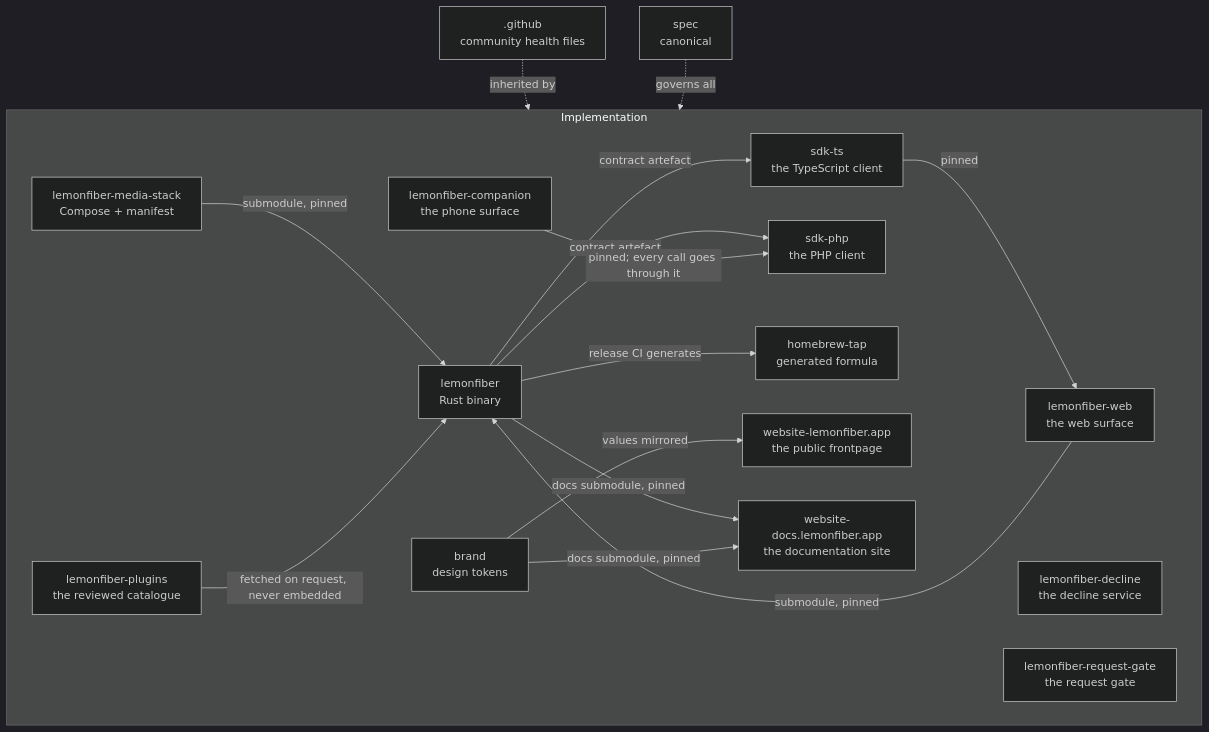
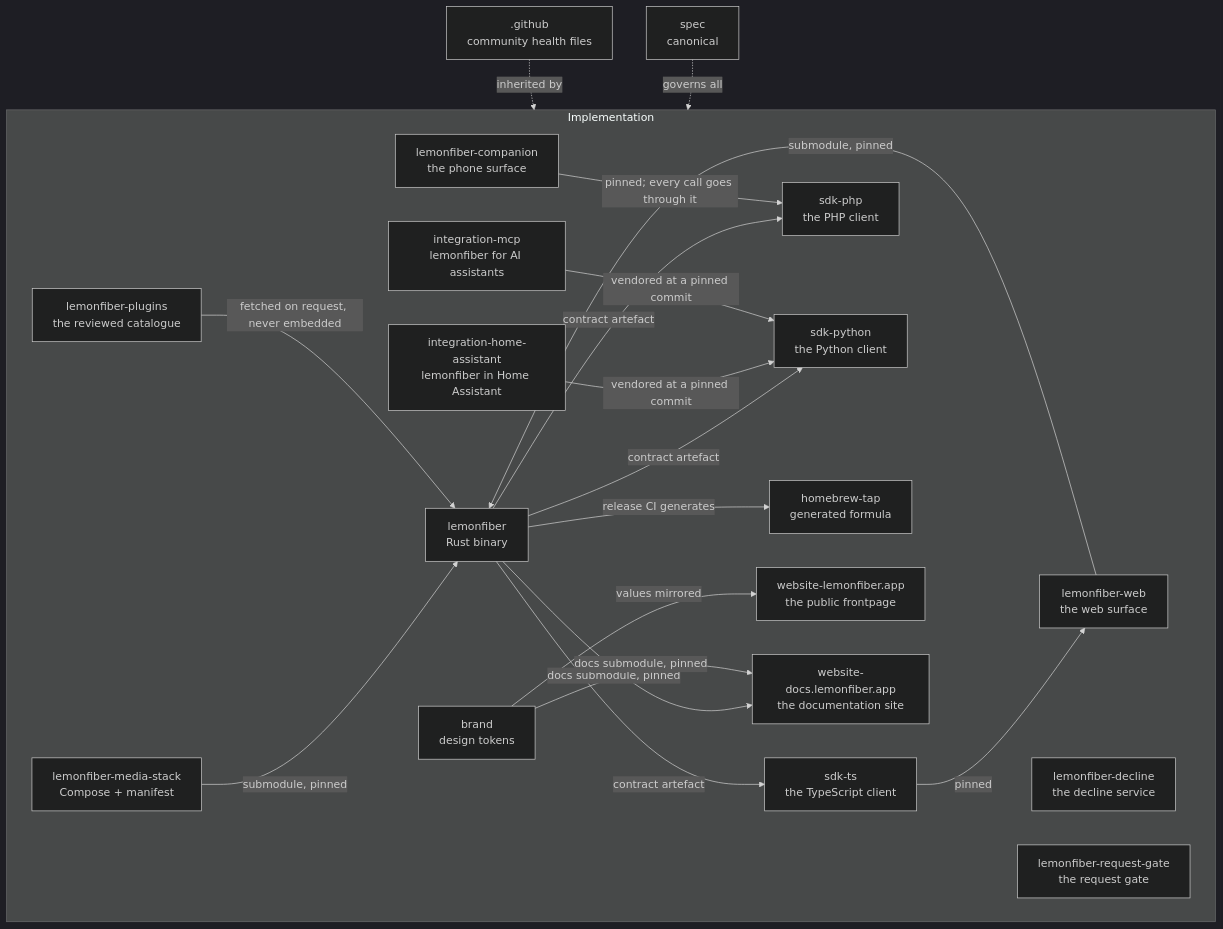
One commit to lemonfiber/spec changed the diagram in 30-repos/README.md. Above: the diagram before and after it, drawn with Mermaid (dark theme). The commit also changed other lines of this file and 19 other files, not shown here.

First line of the commit message:
feat(spec): reached from elsewhere: keys, Home Assistant, an assistant and a NAS image (#620)

````diff
--- a/30-repos/README.md
+++ b/30-repos/README.md
@@ -19,35 +19,41 @@
 ```mermaid
 flowchart TD
     spec["spec<br/>canonical"]
     gh[".github<br/>community health files"]
 
     subgraph impl[Implementation]
         lemonfiber["lemonfiber<br/>Rust binary"]
         web["lemonfiber-web<br/>the web surface"]
         companion["lemonfiber-companion<br/>the phone surface"]
         sdk["sdk-ts<br/>the TypeScript client"]
         sdkphp["sdk-php<br/>the PHP client"]
+        sdkpy["sdk-python<br/>the Python client"]
+        homeassistant["integration-home-assistant<br/>lemonfiber in Home Assistant"]
+        mcp["integration-mcp<br/>lemonfiber for AI assistants"]
         stack["lemonfiber-media-stack<br/>Compose + manifest"]
         decline["lemonfiber-decline<br/>the decline service"]
         gate["lemonfiber-request-gate<br/>the request gate"]
         plugins["lemonfiber-plugins<br/>the reviewed catalogue"]
         tap["homebrew-tap<br/>generated formula"]
         site["website-lemonfiber.app<br/>the public frontpage"]
         docs["website-docs.lemonfiber.app<br/>the documentation site"]
         brand["brand<br/>design tokens"]
     end
 
     stack -->|submodule, pinned| lemonfiber
     web -->|submodule, pinned| lemonfiber
     sdk -->|pinned| web
     lemonfiber -->|contract artefact| sdk
     lemonfiber -->|contract artefact| sdkphp
     companion -->|pinned; every call goes through it| sdkphp
+    lemonfiber -->|contract artefact| sdkpy
+    homeassistant -->|vendored at a pinned commit| sdkpy
+    mcp -->|vendored at a pinned commit| sdkpy
     plugins -->|fetched on request, never embedded| lemonfiber
     lemonfiber -->|release CI generates| tap
     brand -->|values mirrored| site
     lemonfiber -->|docs submodule, pinned| docs
     brand -->|docs submodule, pinned| docs
     gh -.->|inherited by| impl
     spec -.->|governs all| impl
 ```
````
